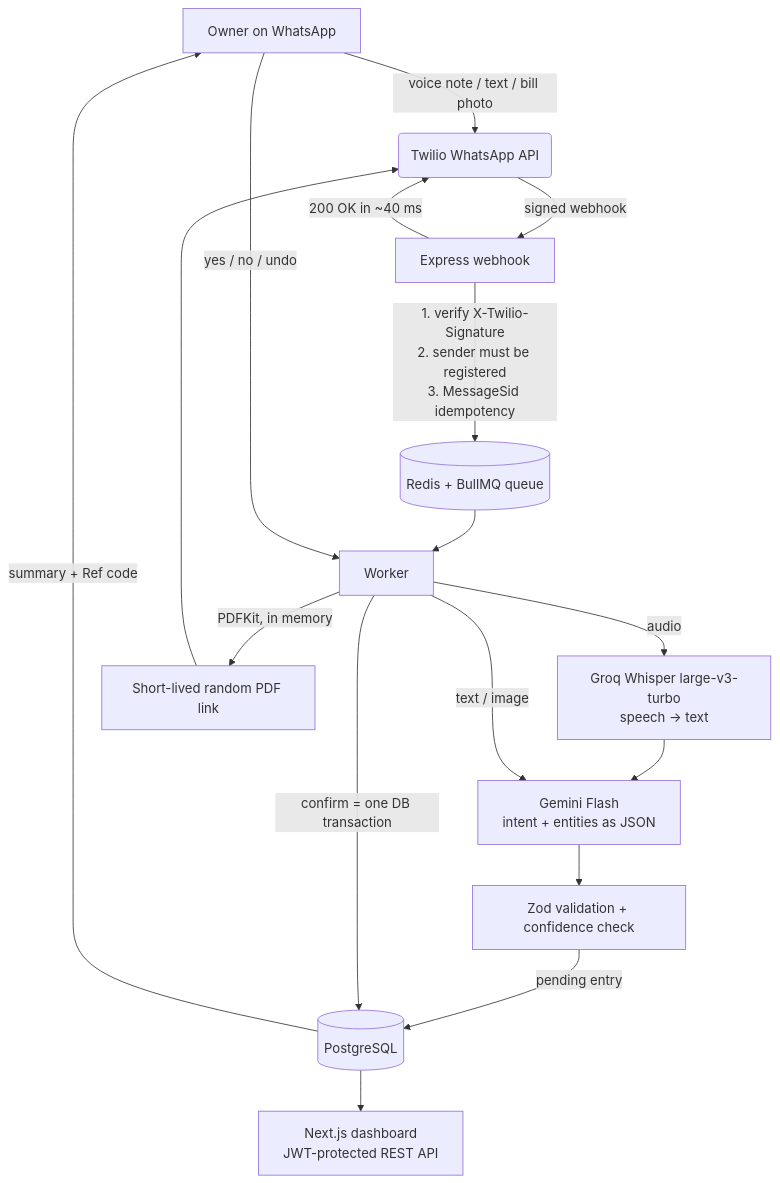
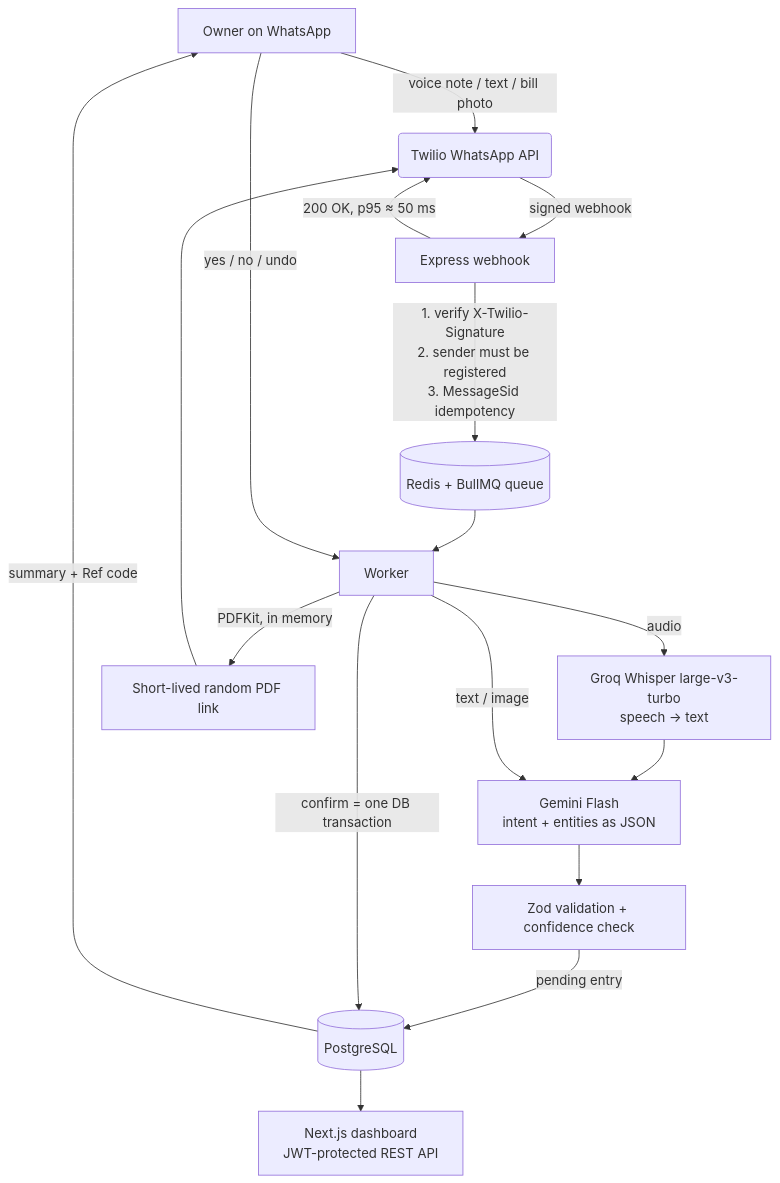
Before and after one commit to swatishah946/VoiceKhata: the diagram in README.md, drawn with Mermaid. The commit also changed other lines of this file and 2 other files, not shown here.

````diff
--- a/README.md
+++ b/README.md
@@ -33,19 +33,19 @@
 ```mermaid
 graph TD
     A[Owner on WhatsApp] -->|voice note / text / bill photo| B(Twilio WhatsApp API)
     B -->|signed webhook| C[Express webhook]
     C -->|1. verify X-Twilio-Signature<br/>2. sender must be registered<br/>3. MessageSid idempotency| D[(Redis + BullMQ queue)]
-    C -->|200 OK in ~40 ms| B
+    C -->|200 OK, p95 ≈ 50 ms| B
     D --> E[Worker]
     E -->|audio| F[Groq Whisper large-v3-turbo<br/>speech → text]
     F --> G[Gemini Flash<br/>intent + entities as JSON]
     E -->|text / image| G
     G --> H[Zod validation + confidence check]
     H -->|pending entry| I[(PostgreSQL)]
     I -->|summary + Ref code| A
     A -->|"yes / no / undo"| E
     E -->|confirm = one DB transaction| I
     E -->|PDFKit, in memory| J[Short-lived random PDF link]
     J --> B
     I --> K[Next.js dashboard<br/>JWT-protected REST API]
 ```
````
